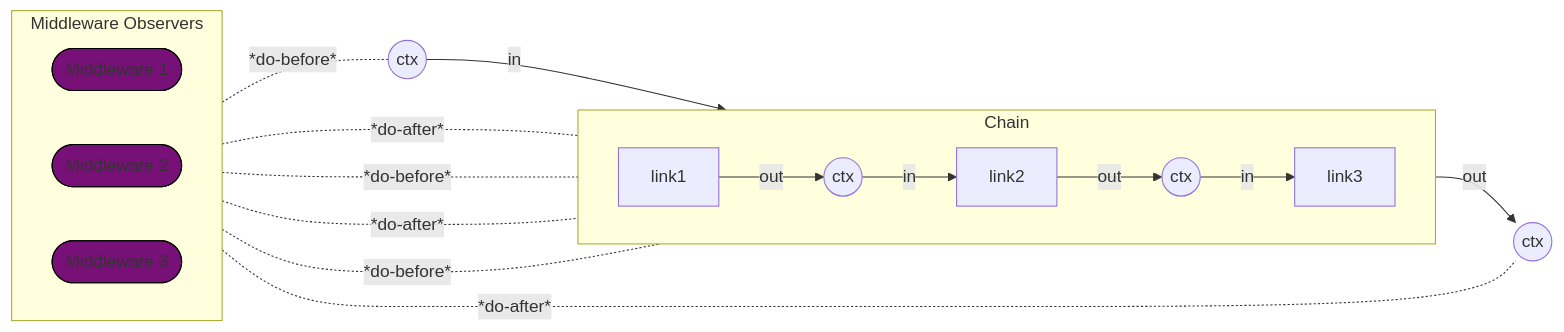
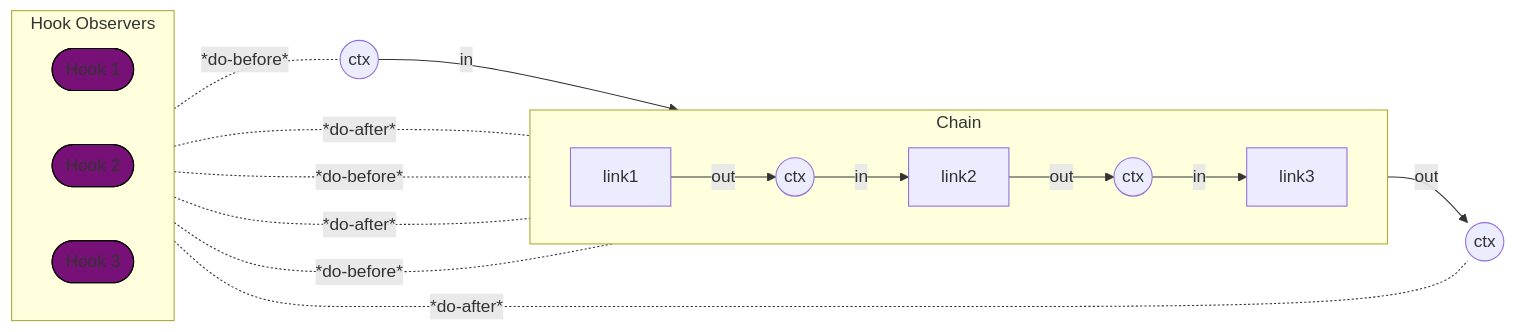
Before and after one commit to codeuchain/codeuchain: the diagram in README.md, drawn with Mermaid. The commit also changed other lines of this file and 369 other files, not shown here.

First line of the commit message:
refactor: rebrand Context → State and Middleware → Hook

````diff
--- a/README.md
+++ b/README.md
@@ -96,57 +96,57 @@
 ```mermaid
 %%{init: {'themeCSS': ".node.cctx circle, .node.cctx rect {fill:#0b5fff; stroke:#08306b;} .node.cctx text {fill:#fff;} .linkNode rect, .linkNode circle {fill:#f3f4f6; stroke:#111; stroke-width:2px;} .linkNode text{fill:#111;} .node.final circle, .node.final rect {fill:#06b875; stroke:#054a36;} .node.final text{fill:#fff;} .observer rect, .observer circle{fill:#fff3cd; stroke:#8a6d1f;} .observer text{fill:#000;}"}}%%
 flowchart LR
-    subgraph observers[Middleware Observers]
+    subgraph observers[Hook Observers]
     direction LR
-        MW1([Middleware 1])
-        MW2([Middleware 2])
-        MW3([Middleware 3])
+        MW1([Hook 1])
+        MW2([Hook 2])
+        MW3([Hook 3])
     end
 
     classDef mw fill:#717,stroke:#000,stroke-width:1px;
     class MW1,MW2 mw;
 
     %% Dashed observer connections (observing from outside)
     MW1 -. *do-before* .- starting_ctx
     MW1 -. *do-after* .- ctx1
     MW2 -. *do-before* .- ctx1
     MW2 -. *do-after* .- ctx2
     MW3 -. *do-before* .- ctx2
     MW3 -. *do-after* .- ctx3
 
     class MW1,MW2,MW3 mw;
     class MW1 observer;
     class MW2 observer;
     class MW3 observer;
     
-    %% Chain with links and context nodes
+    %% Chain with links and state nodes
     subgraph Chain[Chain]
         direction LR
         L1["link1"]
         ctx1(("ctx"))
         L2["link2"]
         ctx2(("ctx"))
         L3["link3"]
     end
 
     starting_ctx((ctx)) -->|in| L1
     L1 -->|out| ctx1
     ctx1 -->|in| L2
     L2 -->|out| ctx2
     ctx2 -->|in| L3
 
-    %% Final emitted context node (end of chain)
+    %% Final emitted state node (end of chain)
     ctx3(("ctx"))
     L3 -->|out| ctx3
 
     %% Assign simple class names so themeCSS can target specific nodes
     class starting_ctx cctx;
     class ctx1 cctx;
     class ctx2 cctx;
     class ctx3 cctx;
 
     %% Class link nodes
     class L1 linkNode;
     class L2 linkNode;
     class L3 linkNode;
 ```
````
